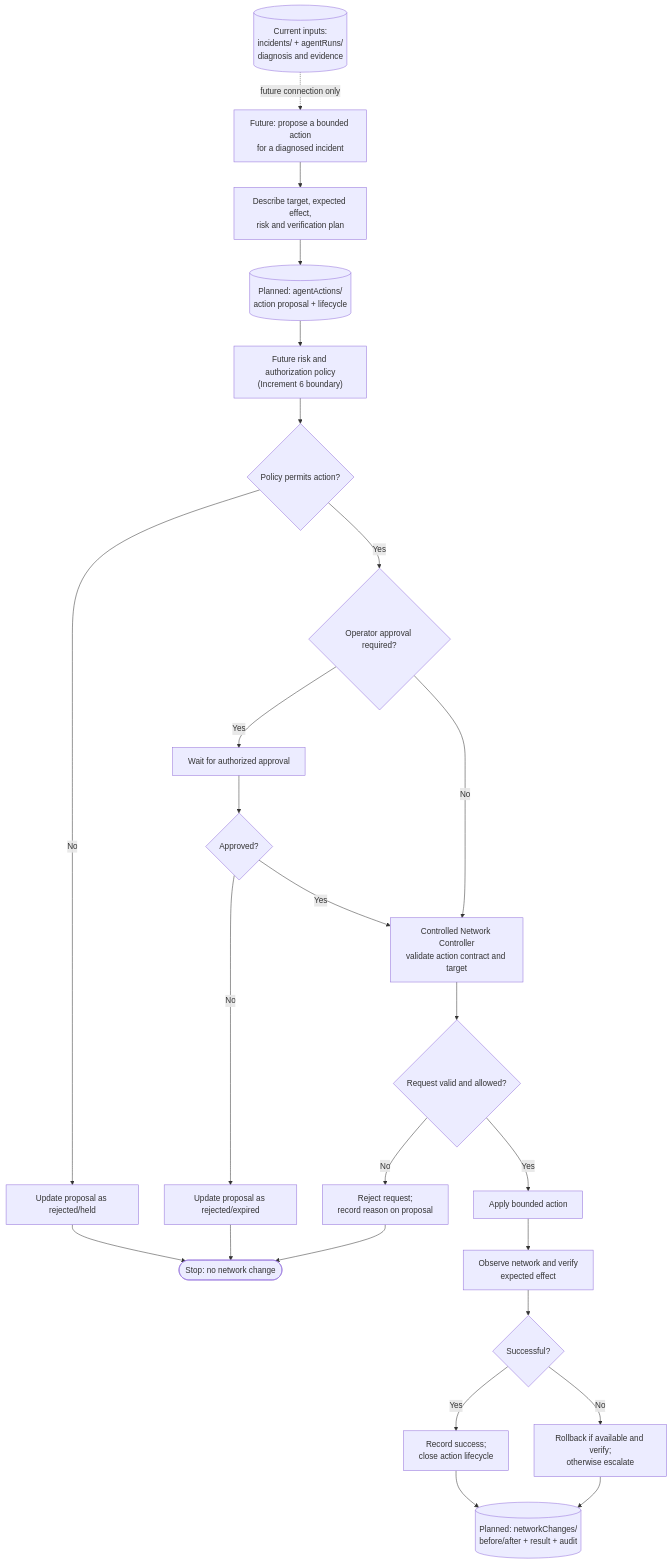
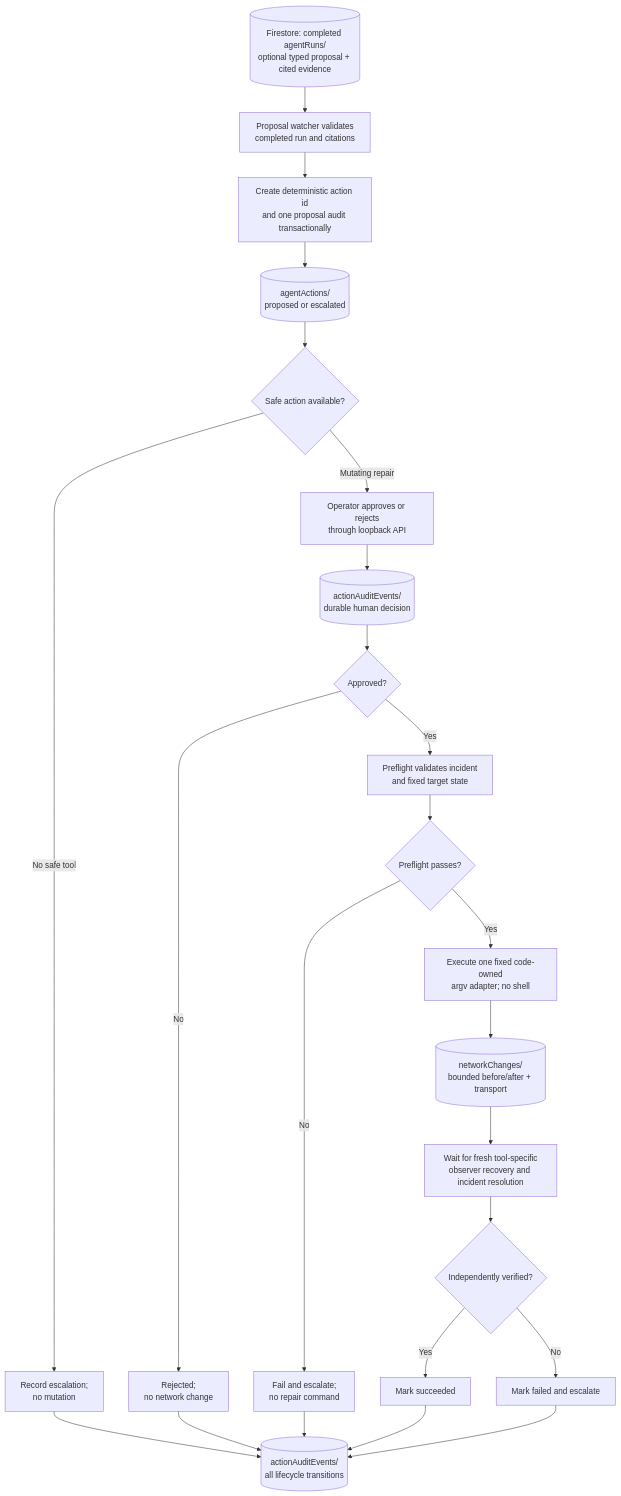
One commit to WillemSmit7/acn changed the seventh of 7 diagrams in docs/FunctionDiagrams.md. Above: the diagram before and after it, drawn with Mermaid. The commit also changed other lines of this file and 10 other files, not shown here.

First line of the commit message:
Refactor architecture and documentation for Increment 5 and 6

````diff
--- a/docs/FunctionDiagrams.md
+++ b/docs/FunctionDiagrams.md
@@ -415,38 +448,33 @@
 ```mermaid
 flowchart TD
-  A[("Current inputs:<br/>incidents/ + agentRuns/<br/>diagnosis and evidence")]
-  B["Future: propose a bounded action<br/>for a diagnosed incident"]
-  C["Describe target, expected effect,<br/>risk and verification plan"]
-  D[("Planned: agentActions/<br/>action proposal + lifecycle")]
-  E["Future risk and authorization policy<br/>(Increment 6 boundary)"]
-  F{"Policy permits action?"}
-  G["Update proposal as rejected/held"]
-  H{"Operator approval required?"}
-  I["Wait for authorized approval"]
-  J{"Approved?"}
-  K["Update proposal as rejected/expired"]
-  L["Controlled Network Controller<br/>validate action contract and target"]
-  M{"Request valid and allowed?"}
-  N["Reject request;<br/>record reason on proposal"]
-  O["Apply bounded action"]
-  P["Observe network and verify<br/>expected effect"]
-  Q{"Successful?"}
-  R["Record success;<br/>close action lifecycle"]
-  S["Rollback if available and verify;<br/>otherwise escalate"]
-  T[("Planned: networkChanges/<br/>before/after + result + audit")]
-  U(["Stop: no network change"])
+  A[("Firestore: completed agentRuns/<br/>optional typed proposal + cited evidence")]
+  B["Proposal watcher validates<br/>completed run and citations"]
+  C["Create deterministic action id<br/>and one proposal audit transactionally"]
+  D[("agentActions/<br/>proposed or escalated")]
+  E{"Safe action available?"}
+  F["Record escalation;<br/>no mutation"]
+  G["Operator approves or rejects<br/>through loopback API"]
+  H[("actionAuditEvents/<br/>durable human decision")]
+  I{"Approved?"}
+  J["Rejected;<br/>no network change"]
+  K["Preflight validates incident<br/>and fixed target state"]
+  L{"Preflight passes?"}
+  M["Fail and escalate;<br/>no repair command"]
+  N["Execute one fixed code-owned<br/>argv adapter; no shell"]
+  O[("networkChanges/<br/>bounded before/after + transport")]
+  P["Wait for fresh tool-specific<br/>observer recovery and incident resolution"]
+  Q{"Independently verified?"}
+  R["Mark succeeded"]
+  S["Mark failed and escalate"]
+  T[("actionAuditEvents/<br/>all lifecycle transitions")]
 
-  A -. "future connection only" .-> B
-  B --> C --> D --> E --> F
-  F -- "No" --> G --> U
-  F -- "Yes" --> H
-  H -- "Yes" --> I --> J
-  J -- "No" --> K --> U
-  J -- "Yes" --> L
-  H -- "No" --> L
-  L --> M
-  M -- "No" --> N --> U
-  M -- "Yes" --> O --> P --> Q
+  A --> B --> C --> D --> E
+  E -- "No safe tool" --> F --> T
+  E -- "Mutating repair" --> G --> H --> I
+  I -- "No" --> J --> T
+  I -- "Yes" --> K --> L
+  L -- "No" --> M --> T
+  L -- "Yes" --> N --> O --> P --> Q
   Q -- "Yes" --> R --> T
   Q -- "No" --> S --> T
 ```
````
